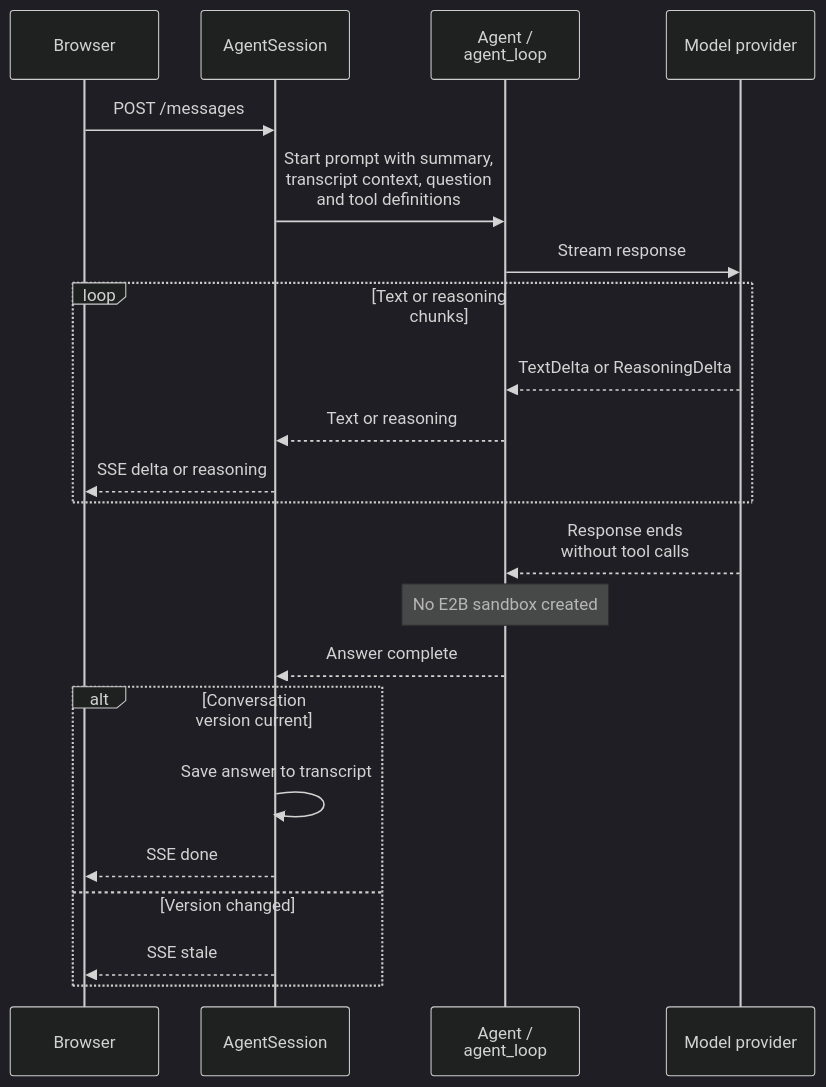
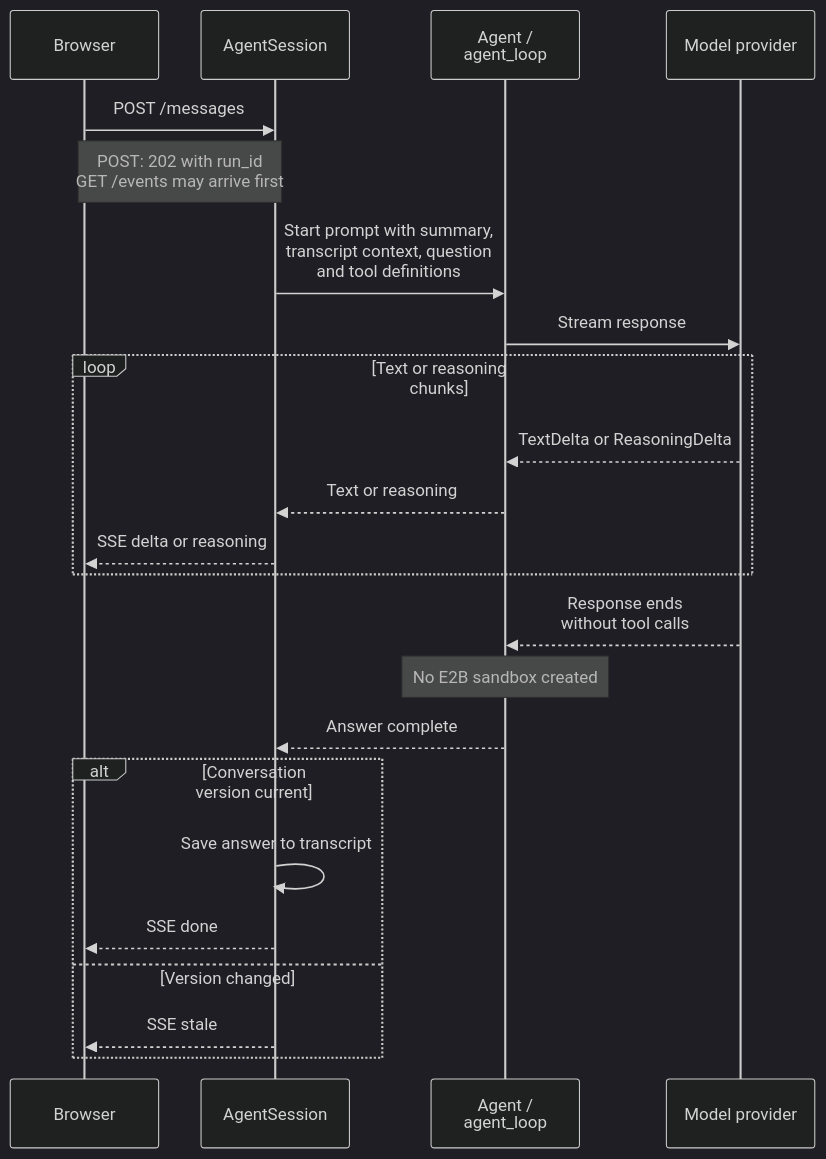
Before and after one commit to j3soon/nurse-scheduling: the seventh of 15 diagrams in docs/content/developer-guide/ai-assistant.md, drawn with Mermaid (dark theme). The commit also changed other lines of this file and 16 other files, not shown here.

First line of the commit message:
feat(core/ai): unify run delivery through session events

````diff
--- a/docs/content/developer-guide/ai-assistant.md
+++ b/docs/content/developer-guide/ai-assistant.md
@@ -270,35 +265,36 @@
 ```mermaid
 ---
 config:
   sequence:
     actorMargin: 12
     width: 140
     diagramMarginX: 4
     diagramMarginY: 8
     wrap: false
     wrapPadding: 4
 ---
 sequenceDiagram
     participant Browser
     participant AI as AgentSession
     participant Agent as Agent /<br/>agent_loop
     participant Model as Model provider
 
     Browser->>AI: POST /messages
+    Note over Browser,AI: POST: 202 with run_id<br/>GET /events may arrive first
     AI->>Agent: Start prompt with summary,<br/>transcript context, question<br/>and tool definitions
     Agent->>Model: Stream response
     loop Text or reasoning chunks
         Model-->>Agent: TextDelta or ReasoningDelta
         Agent-->>AI: Text or reasoning
         AI-->>Browser: SSE delta or reasoning
     end
     Model-->>Agent: Response ends<br/>without tool calls
     Note over Agent: No E2B sandbox created
     Agent-->>AI: Answer complete
     alt Conversation version current
         AI->>AI: Save answer to transcript
         AI-->>Browser: SSE done
     else Version changed
         AI-->>Browser: SSE stale
     end
 ```
````
